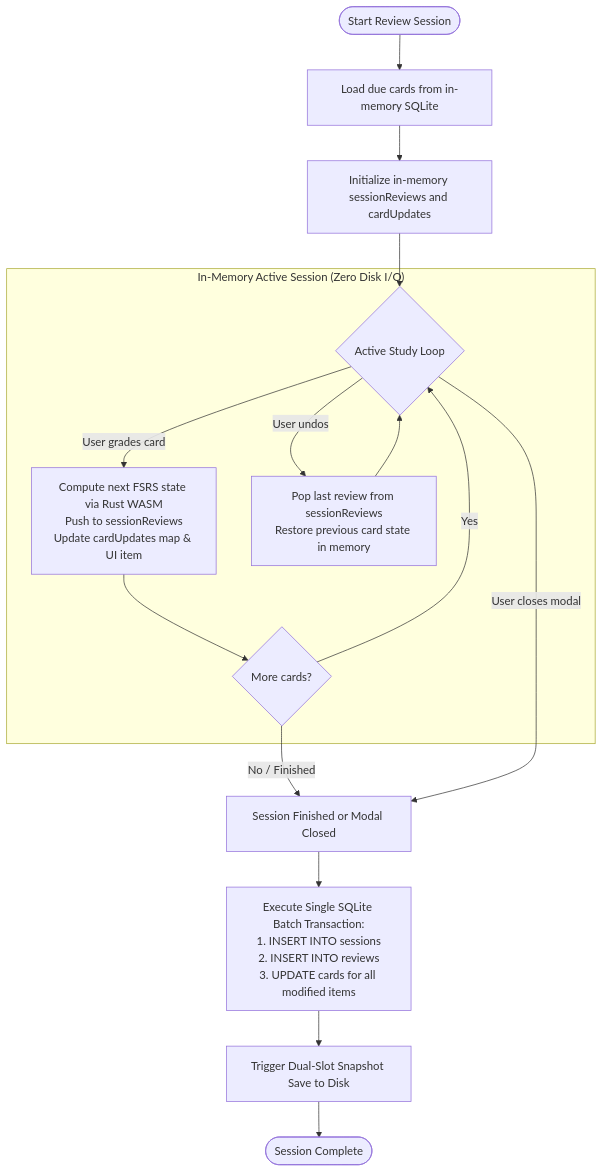
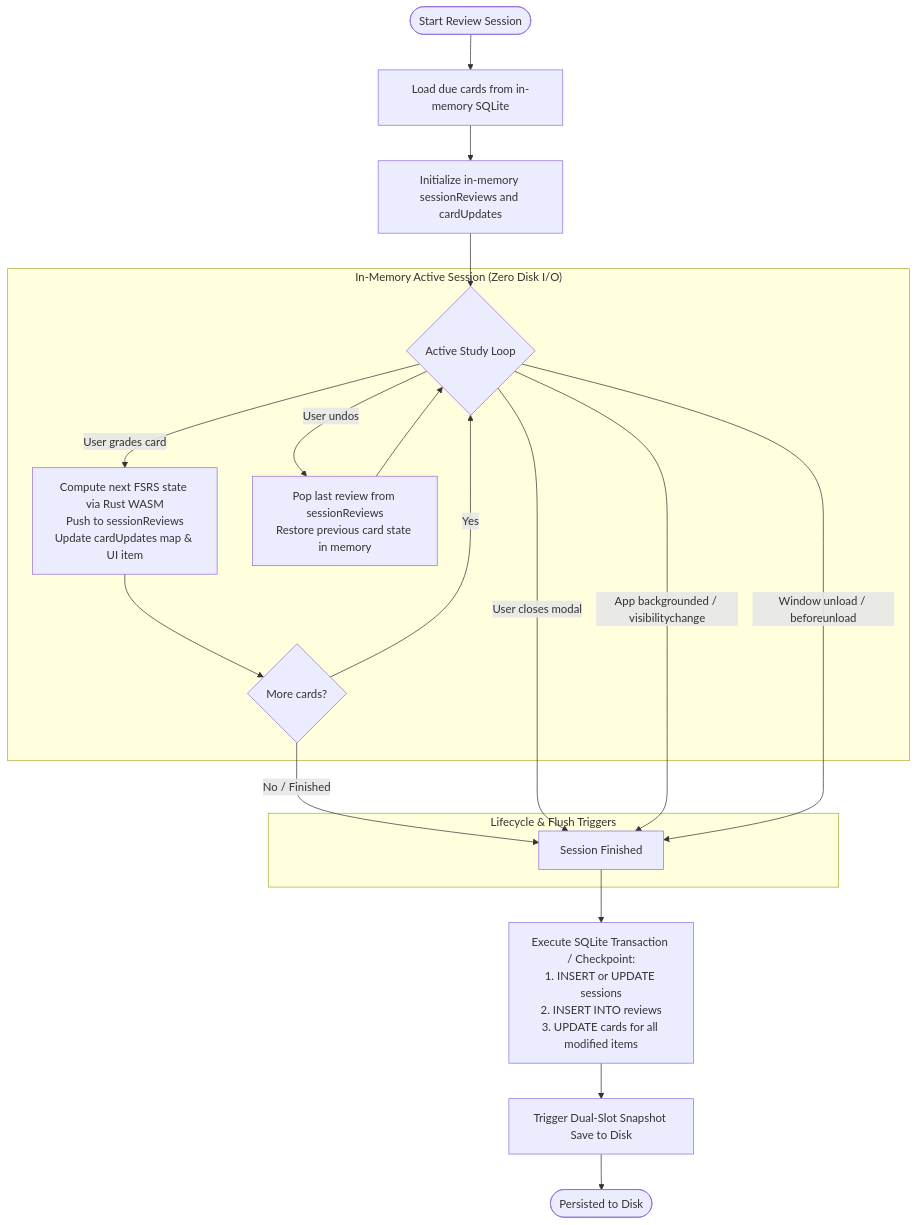
Before and after one commit to talal/obsidian-plugins: the fourth of 7 diagrams in plugins/flashcards/ARCHITECTURE.md, drawn with Mermaid. The commit also changed other lines of this file and 4 other files, not shown here.

````diff
--- a/plugins/flashcards/ARCHITECTURE.md
+++ b/plugins/flashcards/ARCHITECTURE.md
@@ -283,21 +283,25 @@
 ```mermaid
 flowchart TD
     Start([Start Review Session]) --> LoadCards[Load due cards from in-memory SQLite]
     LoadCards --> InitState[Initialize in-memory sessionReviews and cardUpdates]
     InitState --> LoopActive{Active Study Loop}
 
     subgraph InMemoryLoop["In-Memory Active Session (Zero Disk I/O)"]
         LoopActive -->|User grades card| GradeCard["Compute next FSRS state via Rust WASM<br/>Push to sessionReviews<br/>Update cardUpdates map & UI item"]
         LoopActive -->|User undos| UndoCard["Pop last review from sessionReviews<br/>Restore previous card state in memory"]
         GradeCard --> CheckNext{More cards?}
         UndoCard --> LoopActive
         CheckNext -->|Yes| LoopActive
     end
 
-    CheckNext -->|No / Finished| Commit[Session Finished or Modal Closed]
-    LoopActive -->|User closes modal| Commit
+    subgraph LifecycleTriggers["Lifecycle & Flush Triggers"]
+        CheckNext -->|No / Finished| Commit[Session Finished]
+        LoopActive -->|User closes modal| Commit
+        LoopActive -->|App backgrounded / visibilitychange| Commit
+        LoopActive -->|Window unload / beforeunload| Commit
+    end
 
-    Commit --> BatchSql["Execute Single SQLite Batch Transaction:<br/>1. INSERT INTO sessions<br/>2. INSERT INTO reviews<br/>3. UPDATE cards for all modified items"]
+    Commit --> BatchSql["Execute SQLite Transaction / Checkpoint:<br/>1. INSERT or UPDATE sessions<br/>2. INSERT INTO reviews<br/>3. UPDATE cards for all modified items"]
     BatchSql --> Snapshot[Trigger Dual-Slot Snapshot Save to Disk]
-    Snapshot --> Done([Session Complete])
+    Snapshot --> Done([Persisted to Disk])
 ```
````
